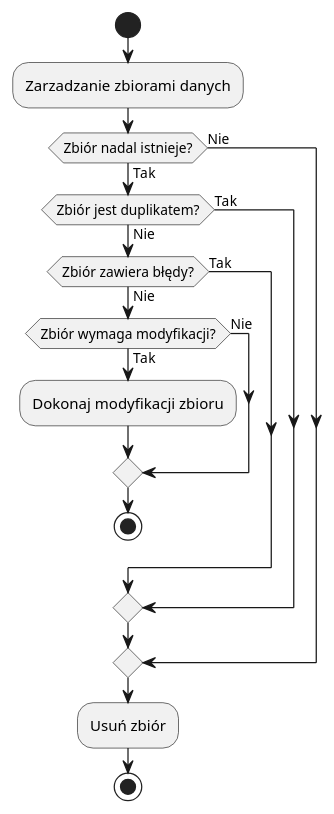
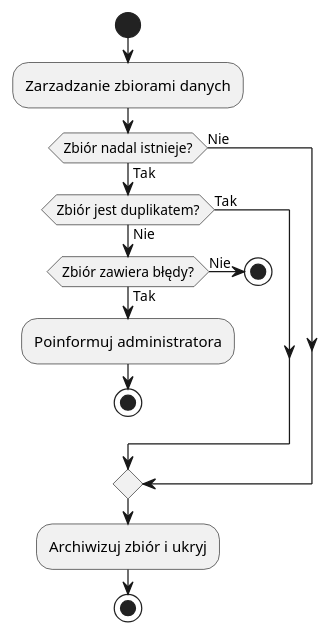
Before and after one commit to aleksanderpiluk/IWO: the diagram in dokumentacja/specyfikacja.wymagan/2.opis.biznesu/procesy.biznesowe/procesy/PB0013.puml, drawn with PlantUML. The commit also changed 2 other files, not shown here.

```diff
--- a/dokumentacja/specyfikacja.wymagan/2.opis.biznesu/procesy.biznesowe/procesy/PB0013.puml
+++ b/dokumentacja/specyfikacja.wymagan/2.opis.biznesu/procesy.biznesowe/procesy/PB0013.puml
@@ -1,24 +1,20 @@
 @startuml
-
-
-|s| System
 
 start
 :Zarzadzanie zbiorami danych;
 if (Zbiór nadal istnieje?) then (Tak)
   if (Zbiór jest duplikatem?) then (Nie)
     if (Zbiór zawiera błędy?) then (Nie)
-      if (Zbiór wymaga modyfikacji?) then (Tak)
-        :Dokonaj modyfikacji zbioru;
-      else (Nie)
-      endif
-      stop
+    stop
     else(Tak)
+    :Poinformuj administratora;
+    stop
     endif
   else (Tak)
   endif
 else (Nie)
 endif
-:Usuń zbiór;
+:Archiwizuj zbiór i ukryj;
+
 stop
 @enduml
```
